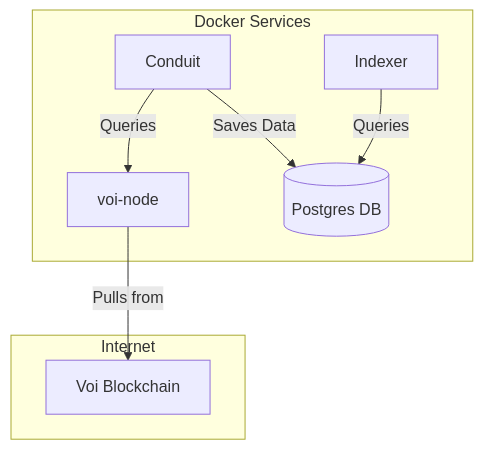
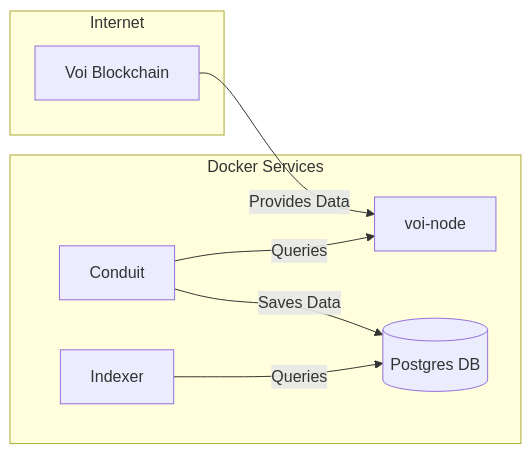
Before and after one commit to VoiNetwork/voi-examples: the diagram in indexer/indexer-docker-compose.md, drawn with Mermaid.

Commit message:
Update diagram

````diff
--- a/indexer/indexer-docker-compose.md
+++ b/indexer/indexer-docker-compose.md
@@ -13,13 +13,13 @@
 ```mermaid
-graph TD;
+graph LR;
     subgraph Internet
         VoiBlockchain[Voi Blockchain]
     end
 
     subgraph Docker Services
-        VoiNode[voi-node] -->|Pulls from| VoiBlockchain
+        VoiBlockchain -->|Provides Data| VoiNode[voi-node]
         Conduit[Conduit] -->|Queries| VoiNode
         Conduit -->|Saves Data| PostgresDB[(Postgres DB)]
         Indexer[Indexer] -->|Queries| PostgresDB
     end
 ```
````
